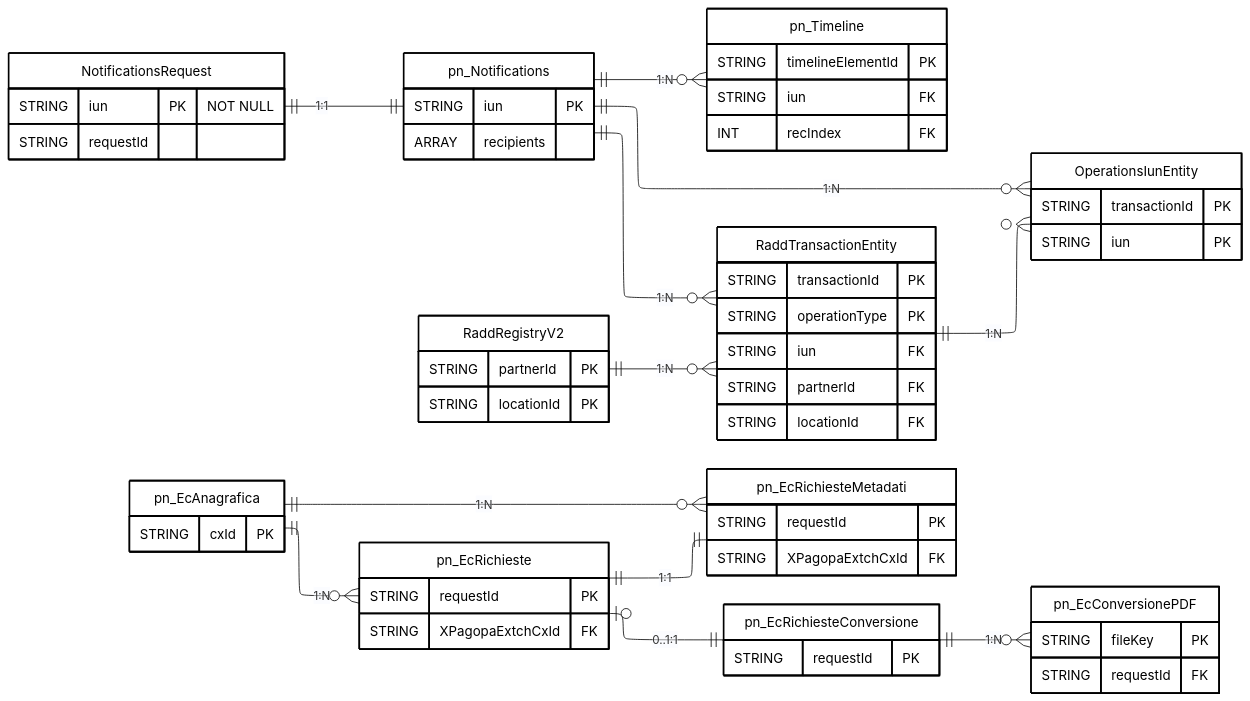
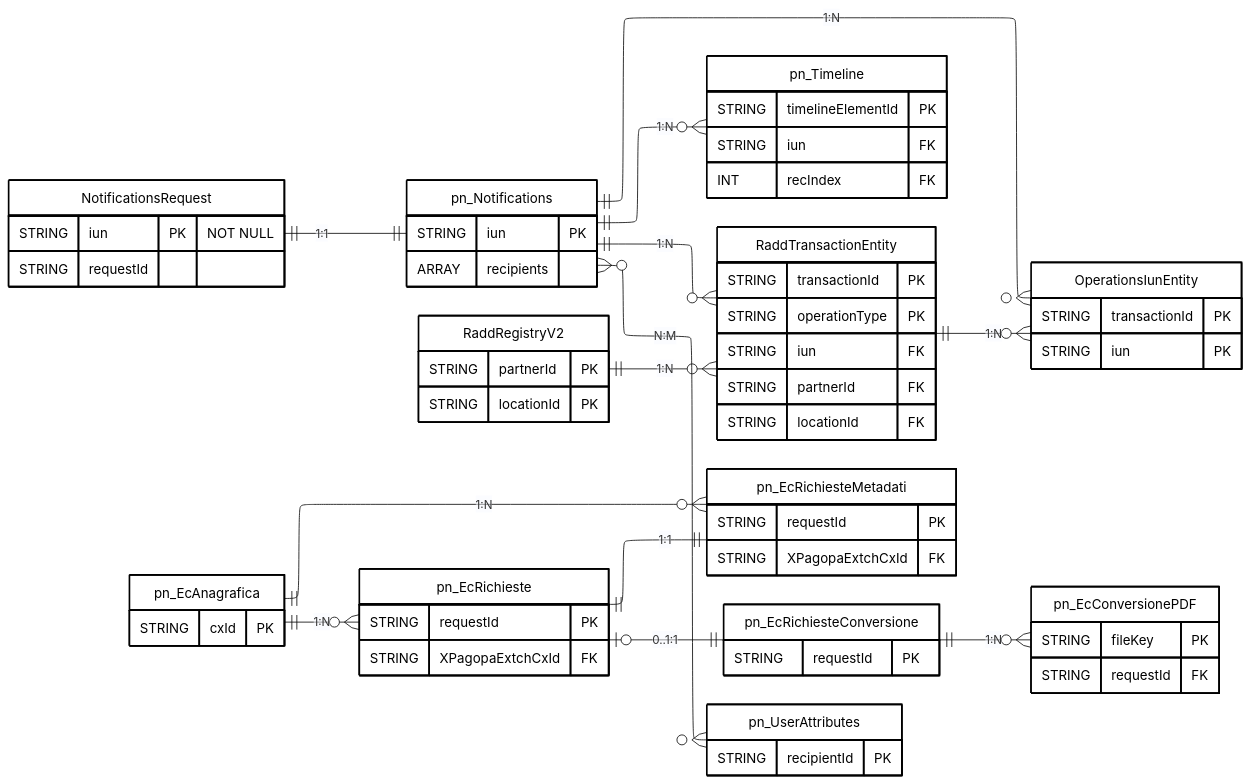
The diagram in send_diagrams/data-models/send_er_model.mmd (pagopa/pn-metrics), drawn with Mermaid before and after one commit. The commit also changed 4 other files, not shown here.

Commit message:
docs: update domicili_e_recapiti_digitali mermaid diagram

```diff
--- a/send_diagrams/data-models/send_er_model.mmd
+++ b/send_diagrams/data-models/send_er_model.mmd
@@ -1,147 +1,153 @@
 ---
 config:
   layout: elk
   theme: base
 ---
 erDiagram
-
-    %% diagram version: 0.0.1
 
     %% diagram version: 0.0.1
 
     %% sources:
     %% - dc-pn-Notifications.yaml
     %%   id: urn:send:pn:notifications
     %%   version: 0.0.1
     %% - dc-pn-timeline.yaml
     %%   id: urn:send:pn:timelines
     %%   version: 0.0.1
     %% - dc-radd-transaction-entity.yaml
     %%   id: urn:send:radd-alt:dc-radd-transaction-entity
     %%   version: 0.0.1
     %% - dc-radd-registry.yaml
     %%   id: urn:send:radd-alt:dc-radd-registry
     %%   version: 0.0.1
     %% - dc-operations-iuns-entity.yaml
     %%   id: urn:send:radd-alt:dc-operations-iuns-entity
     %%   version: 0.0.1
     %% - dc-pn-EcRichiesteMetadati.yaml
     %%   id: urn:send:postalizzazione:pn-ecrichiestemetadati
     %%   version: 0.0.1
 
     %% CONVENZIONI
     %% - Sono riportate esclusivamente le entità principali
     %% - Sono riportati solamente attributi PK e FK
     %% - Le cardinalità derivano dai diagrammi di dettaglio dei singoli domini
     %% - I commenti descrivono la logica di correlazione tra le entità
 
     Direction LR
 
     NotificationsRequest {
         STRING iun PK "NOT NULL"
         STRING requestId
     }
 
     pn_Notifications {
         STRING iun PK
         ARRAY recipients
     }
 
     pn_Timeline {
         STRING timelineElementId PK
         STRING iun FK
         INT recIndex FK
     }
 
     RaddRegistryV2 {
         STRING partnerId PK
         STRING locationId PK
     }
 
     RaddTransactionEntity {
         STRING transactionId PK
         STRING operationType PK
         STRING iun FK
         STRING partnerId FK
         STRING locationId FK
     }
 
     OperationsIunEntity {
         STRING transactionId PK
         STRING iun PK
     }
 
     pn_EcAnagrafica {
         STRING cxId PK
     }
 
     pn_EcRichieste {
         STRING requestId PK
         STRING XPagopaExtchCxId FK
     }
 
     pn_EcRichiesteMetadati {
         STRING requestId PK
         STRING XPagopaExtchCxId FK
     }
 
     pn_EcRichiesteConversione {
         STRING requestId PK
     }
 
     pn_EcConversionePDF {
         STRING fileKey PK
         STRING requestId FK
     }
 
+    pn_UserAttributes {
+        STRING recipientId PK
+    }
+
     %% RELAZIONI
 
     NotificationsRequest ||--|| pn_Notifications : "1:1"
-
 
     %% RaddTransactionEntity.transactionId = OperationsIunEntity.transactionId
     RaddTransactionEntity ||--o{ OperationsIunEntity : "1:N"
 
     %% RaddRegistryV2.partnerId = RaddTransactionEntity.partnerId AND RaddRegistryV2.locationId = RaddTransactionEntity.locationId
     RaddRegistryV2 ||--o{ RaddTransactionEntity : "1:N"
 
     %% Operazioni ACT: stampa atti notificati
     %% pn_Notifications.iun = RaddTransactionEntity.iun
     pn_Notifications ||--o{ RaddTransactionEntity : "1:N"
 
     %% Operazioni AOR: accesso a notifica per irreperibile
     %% OperationsIunEntity.iun = pn_Notifications.iun
     pn_Notifications ||--o{ OperationsIunEntity : "1:N"
 
     %% Join a livello di notifica: pn_Notifications.iun = pn_Timeline.iun
     %% Join a livello di destinatario: pn_Notifications.iun = pn_Timeline.iun AND pn_Timeline.recIndex identifica il destinatario della notifica
     pn_Notifications ||--o{ pn_Timeline : "1:N"
 
+    %% pn_Notifications.recipients[].recipientId = UserAttributes.recipientId
+    %% Una notifica può avere più destinatari e un destinatario può comparire in più notifiche
+    pn_Notifications }o--o{ pn_UserAttributes : "N:M"
+
     %% pn_EcRichieste.XPagopaExtchCxId = pn_EcAnagrafica.cxId
     pn_EcAnagrafica ||--o{ pn_EcRichieste : "1:N"
 
     %% pn_EcRichiesteMetadati.XPagopaExtchCxId = pn_EcAnagrafica.cxId
     pn_EcAnagrafica ||--o{ pn_EcRichiesteMetadati : "1:N"
 
     %% pn_EcRichieste.requestId = pn_EcRichiesteMetadati.requestId
     pn_EcRichieste ||--|| pn_EcRichiesteMetadati : "1:1"
 
     %% pn_EcRichieste.requestId = pn_EcRichiesteConversione.requestId
     pn_EcRichieste o|--|| pn_EcRichiesteConversione : "0..1:1"
 
     %% pn_EcConversionePDF.requestId = pn_EcRichiesteConversione.requestId
     pn_EcRichiesteConversione ||--o{ pn_EcConversionePDF : "1:N"
 
     %% STILE
 
     style NotificationsRequest fill:#FFFFFF,stroke:#000000,stroke-width:2px,color:#000000
+    style pn_UserAttributes fill:#FFFFFF,stroke:#000000,stroke-width:2px,color:#000000
     style pn_Notifications fill:#FFFFFF,stroke:#000000,stroke-width:2px,color:#000000
     style pn_Timeline fill:#FFFFFF,stroke:#000000,stroke-width:2px,color:#000000
     style RaddRegistryV2 fill:#FFFFFF,stroke:#000000,stroke-width:2px,color:#000000
     style RaddTransactionEntity fill:#FFFFFF,stroke:#000000,stroke-width:2px,color:#000000
     style OperationsIunEntity fill:#FFFFFF,stroke:#000000,stroke-width:2px,color:#000000
     style pn_EcAnagrafica fill:#FFFFFF,stroke:#000000,stroke-width:2px,color:#000000
     style pn_EcRichieste fill:#FFFFFF,stroke:#000000,stroke-width:2px,color:#000000
     style pn_EcRichiesteMetadati fill:#FFFFFF,stroke:#000000,stroke-width:2px,color:#000000
     style pn_EcRichiesteConversione fill:#FFFFFF,stroke:#000000,stroke-width:2px,color:#000000
     style pn_EcConversionePDF fill:#FFFFFF,stroke:#000000,stroke-width:2px,color:#000000
```
